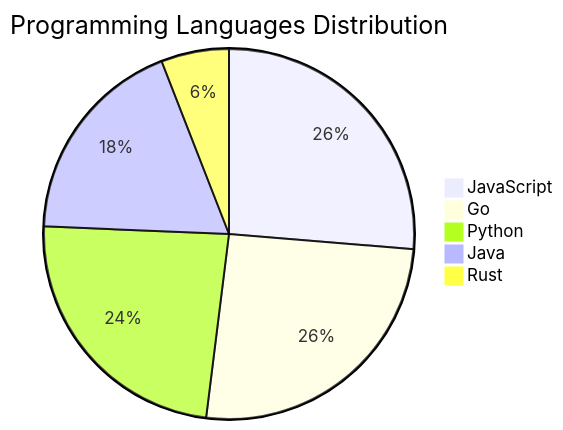
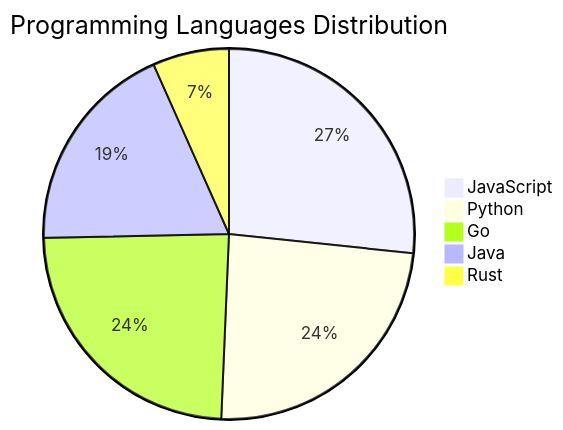
Before and after one commit to Derrick-MUGISHA/github-activity-bot: the diagram in README.md, drawn with Mermaid. The commit also changed other lines of this file and 4 other files, not shown here.

````diff
--- a/README.md
+++ b/README.md
@@ -205,8 +205,8 @@
 ```mermaid
 pie title Programming Languages Distribution
     "JavaScript" : 40
-    "Go" : 39
     "Python" : 36
+    "Go" : 36
     "Java" : 28
-    "Rust" : 9
+    "Rust" : 10
 ```
````
